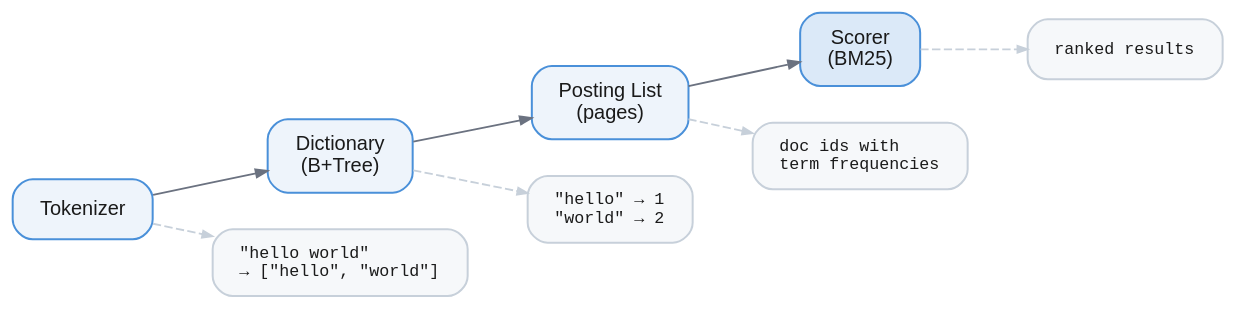
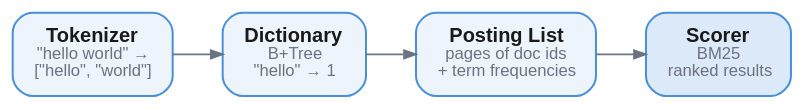
The diagram in book/diagrams/fts-pipeline.dot (RANDOMFNP/latticedb), drawn with Graphviz before and after one commit. The commit also changed 55 other files, not shown here.

```diff
--- a/book/diagrams/fts-pipeline.dot
+++ b/book/diagrams/fts-pipeline.dot
@@ -1,29 +1,19 @@
 // The five FTS components and what each one hands to the next.
 digraph fts_pipeline {
   bgcolor="transparent"
   rankdir=LR
-  nodesep=0.3
-  ranksep=0.5
+  nodesep=0.25
+  ranksep=0.42
   fontname="Helvetica,Arial,sans-serif"
   node [shape=box style="filled,rounded" fillcolor="#eef4fb" color="#4a90d9"
         penwidth=1.2 fontname="Helvetica,Arial,sans-serif" fontsize=12
-        fontcolor="#1a1a1a" margin="0.22,0.13"]
+        fontcolor="#1a1a1a" margin="0.18,0.13"]
   edge [color="#6b7280" penwidth=1.1 arrowsize=0.7]
 
-  tok  [label="Tokenizer"]
-  dict [label="Dictionary\n(B+Tree)"]
-  post [label="Posting List\n(pages)"]
-  score [label="Scorer\n(BM25)" fillcolor="#dbe9f8"]
+  tok   [label=<<b>Tokenizer</b><br/><font point-size="10" color="#6b7280">"hello world" →<br/>["hello", "world"]</font>>]
+  dict  [label=<<b>Dictionary</b><br/><font point-size="10" color="#6b7280">B+Tree<br/>"hello" → 1</font>>]
+  post  [label=<<b>Posting List</b><br/><font point-size="10" color="#6b7280">pages of doc ids<br/>+ term frequencies</font>>]
+  score [label=<<b>Scorer</b><br/><font point-size="10" color="#6b7280">BM25<br/>ranked results</font>> fillcolor="#dbe9f8"]
 
   tok -> dict -> post -> score
-
-  node [shape=box style="filled,rounded" fillcolor="#f6f8fa" color="#c7d0da"
-        fontname="Menlo,Consolas,monospace" fontsize=10]
-  o1 [label="\"hello world\"\l→ [\"hello\", \"world\"]\l"]
-  o2 [label="\"hello\" → 1\l\"world\" → 2\l"]
-  o3 [label="doc ids with\lterm frequencies\l"]
-  o4 [label="ranked results\l"]
-
-  edge [style=dashed color="#c7d0da" arrowsize=0.6]
-  tok -> o1; dict -> o2; post -> o3; score -> o4
 }
```
